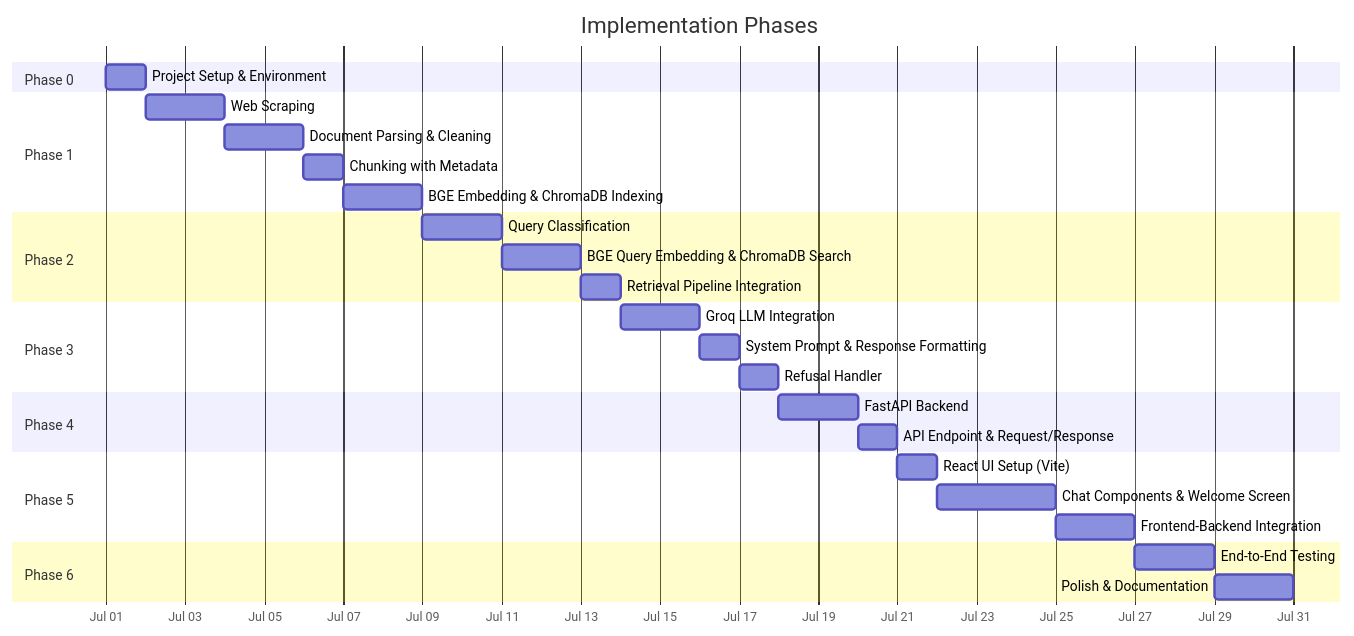
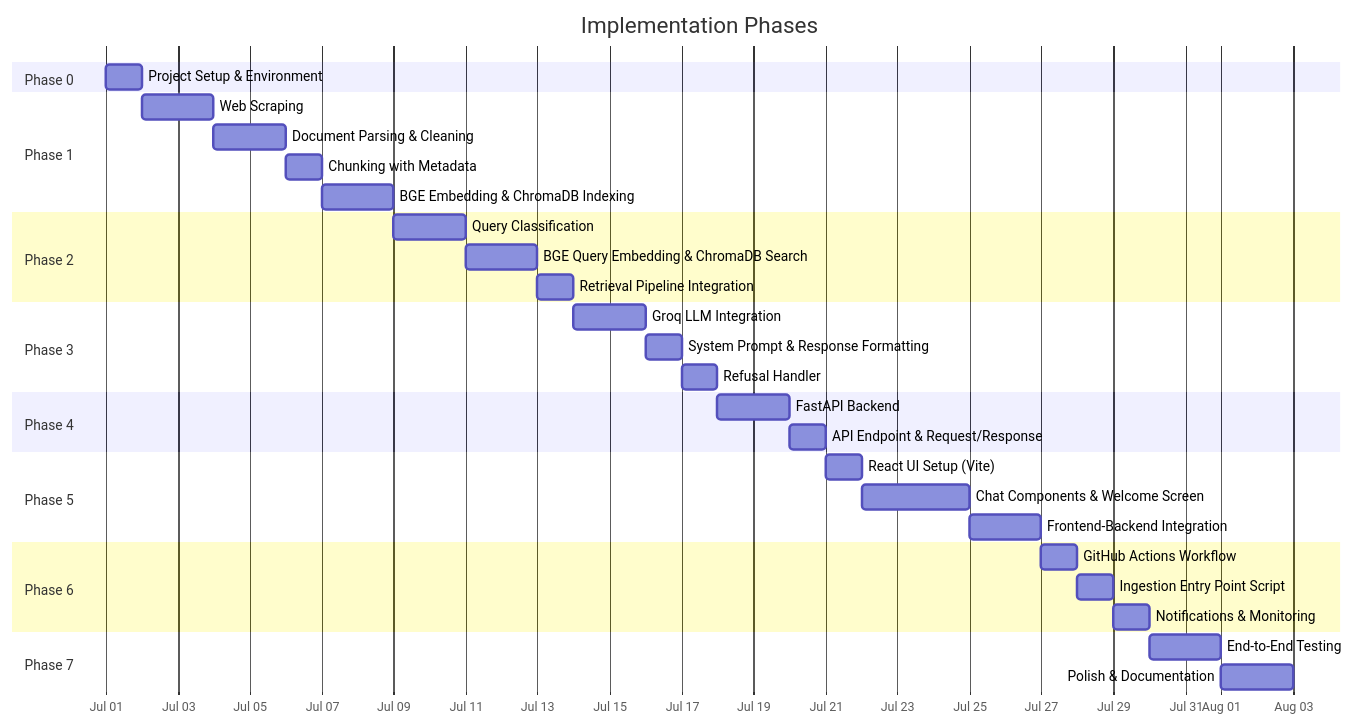
The diagram in docs/implementationPlan.md (Pankaj-Shrivastava/zero-advice-fund-rag), drawn with Mermaid before and after one commit. The commit also changed other lines of this file and 5 other files, not shown here.

Commit message:
feat: implement automated daily ingestion pipeline via GitHub Actions and document system architecture

````diff
--- a/docs/implementationPlan.md
+++ b/docs/implementationPlan.md
@@ -9,38 +9,43 @@
 ```mermaid
 gantt
     title Implementation Phases
     dateFormat  YYYY-MM-DD
     axisFormat  %b %d
 
     section Phase 0
     Project Setup & Environment           :p0, 2026-07-01, 1d
 
     section Phase 1
     Web Scraping                          :p1a, after p0, 2d
     Document Parsing & Cleaning           :p1b, after p1a, 2d
     Chunking with Metadata                :p1c, after p1b, 1d
     BGE Embedding & ChromaDB Indexing     :p1d, after p1c, 2d
 
     section Phase 2
     Query Classification                  :p2a, after p1d, 2d
     BGE Query Embedding & ChromaDB Search :p2b, after p2a, 2d
     Retrieval Pipeline Integration        :p2c, after p2b, 1d
 
     section Phase 3
     Groq LLM Integration                  :p3a, after p2c, 2d
     System Prompt & Response Formatting   :p3b, after p3a, 1d
     Refusal Handler                       :p3c, after p3b, 1d
 
     section Phase 4
     FastAPI Backend                       :p4a, after p3c, 2d
     API Endpoint & Request/Response       :p4b, after p4a, 1d
 
     section Phase 5
     React UI Setup (Vite)                 :p5a, after p4b, 1d
     Chat Components & Welcome Screen      :p5b, after p5a, 3d
     Frontend-Backend Integration          :p5c, after p5b, 2d
 
     section Phase 6
-    End-to-End Testing                    :p6a, after p5c, 2d
-    Polish & Documentation                :p6b, after p6a, 2d
+    GitHub Actions Workflow               :p6a, after p5c, 1d
+    Ingestion Entry Point Script          :p6b, after p6a, 1d
+    Notifications & Monitoring            :p6c, after p6b, 1d
+
+    section Phase 7
+    End-to-End Testing                    :p7a, after p6c, 2d
+    Polish & Documentation                :p7b, after p7a, 2d
 ```
````
